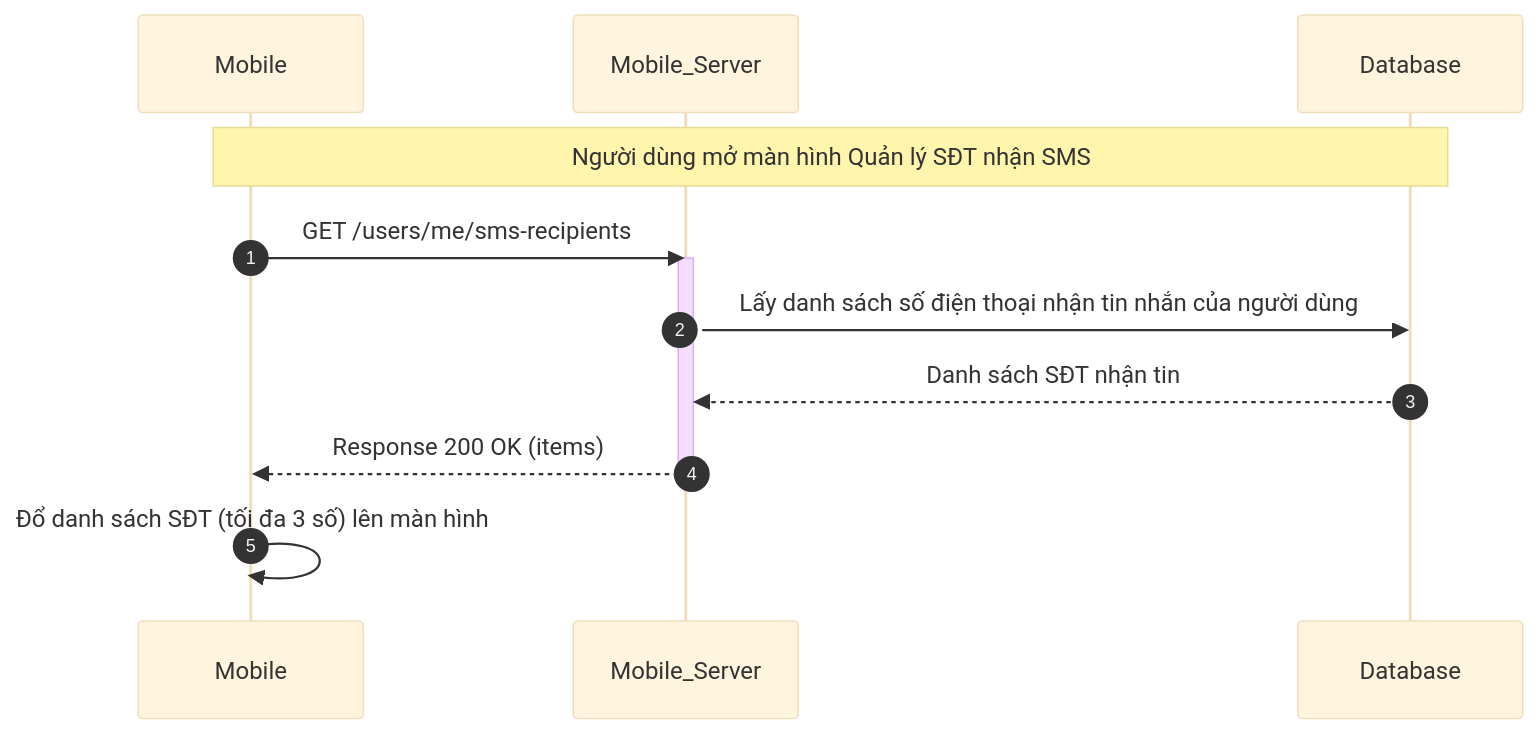
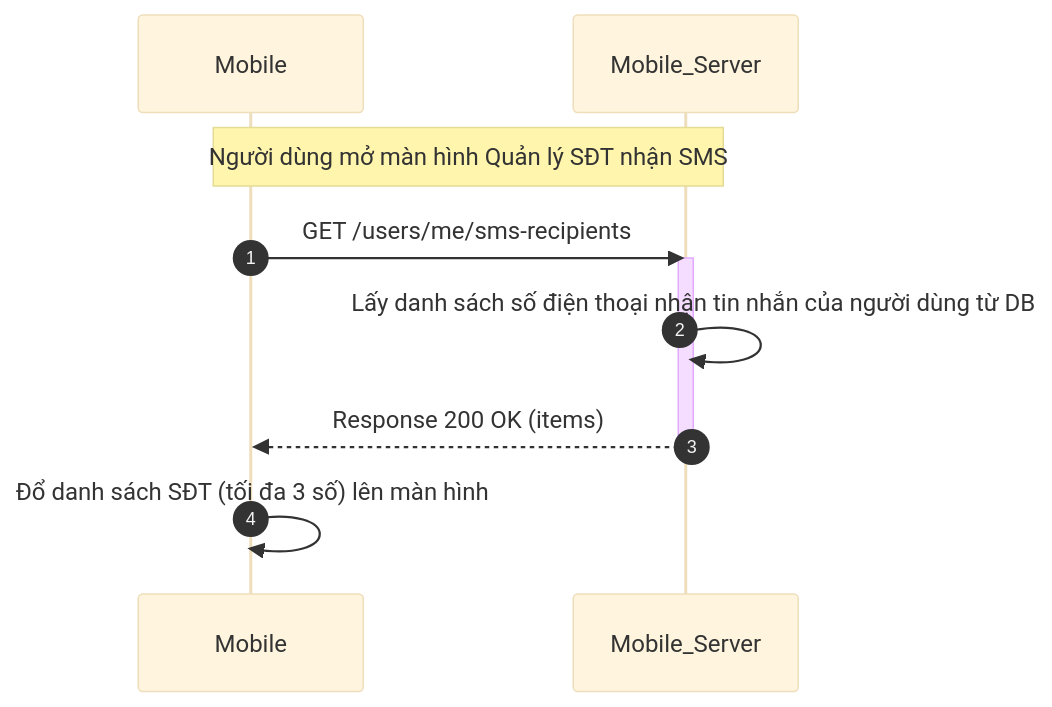
Before and after one commit to trungnguyenthien/Wildlife-Warning-and-Deterrence-System: diagram 15 of 18 in docs/04-sequence-diagram.md, drawn with Mermaid (base theme). The commit also changed other lines of this file, not shown here.

Commit message:
docs: update sequence diagram to reflect latest system flow refinements

````diff
--- a/docs/04-sequence-diagram.md
+++ b/docs/04-sequence-diagram.md
@@ -744,16 +636,14 @@
 ```mermaid
 sequenceDiagram
     autonumber
     participant Mobile as Mobile
     participant Mobile_Server as Mobile_Server
-    participant Database as Database
 
-    Note over Mobile, Database: Người dùng mở màn hình Quản lý SĐT nhận SMS
+    Note over Mobile, Mobile_Server: Người dùng mở màn hình Quản lý SĐT nhận SMS
     Mobile->>Mobile_Server: GET /users/me/sms-recipients
     activate Mobile_Server
-    Mobile_Server->>Database: Lấy danh sách số điện thoại nhận tin nhắn của người dùng
-    Database-->>Mobile_Server: Danh sách SĐT nhận tin
+    Mobile_Server->>Mobile_Server: Lấy danh sách số điện thoại nhận tin nhắn của người dùng từ DB
     Mobile_Server-->>Mobile: Response 200 OK (items)
     deactivate Mobile_Server
     Mobile->>Mobile: Đổ danh sách SĐT (tối đa 3 số) lên màn hình
 ```
````
